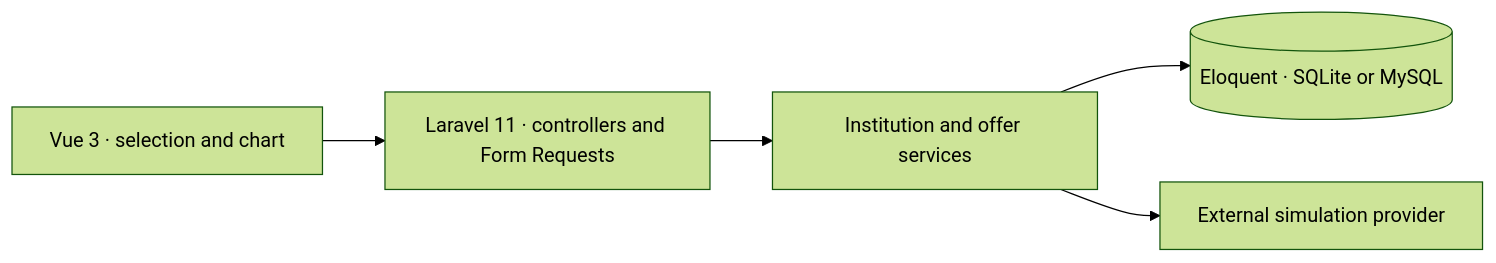
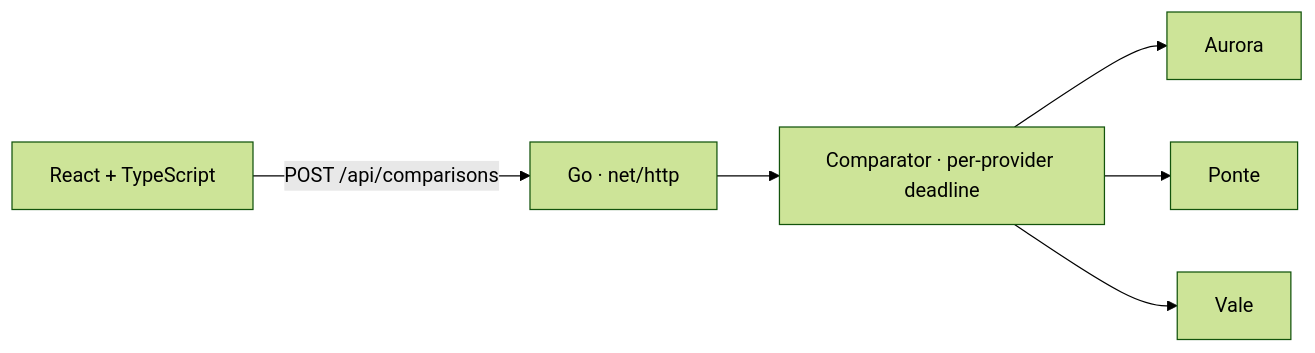
Before and after one commit to acamilateixeira/GEMP: the diagram in README.en.md, drawn with Mermaid (forest theme). The commit also changed other lines of this file and 111 other files, not shown here.

````diff
--- a/README.en.md
+++ b/README.en.md
@@ -19,7 +21,8 @@
 ```mermaid
 flowchart LR
-    Vue["Vue 3 · selection and chart"] --> Api["Laravel 11 · controllers and Form Requests"]
-    Api --> Services["Institution and offer services"]
-    Services --> Db[("Eloquent · SQLite or MySQL")]
-    Services --> External["External simulation provider"]
+    UI["React + TypeScript"] -->|"POST /api/comparisons"| API["Go · net/http"]
+    API --> C["Comparator · per-provider deadline"]
+    C --> A["Aurora"]
+    C --> P["Ponte"]
+    C --> V["Vale"]
 ```
````
